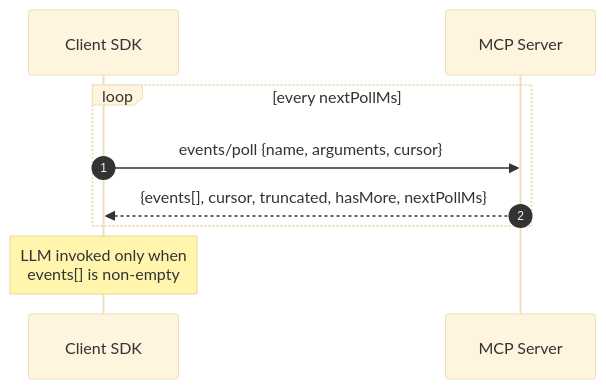
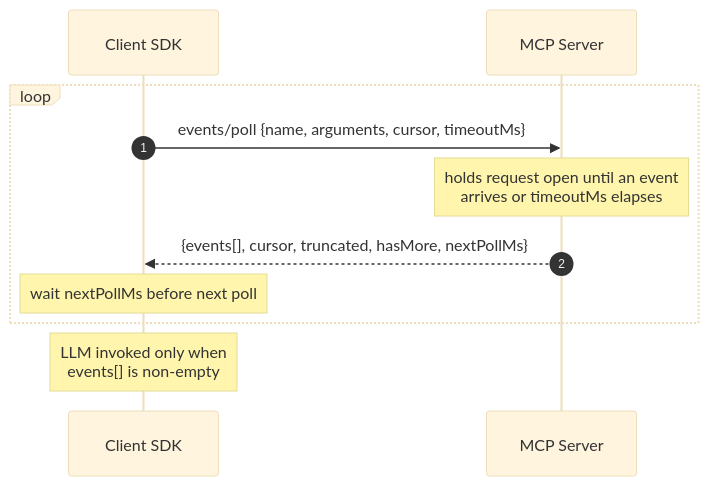
One commit to modelcontextprotocol/experimental-ext-triggers-events changed the first of 4 diagrams in docs/design-sketch-proposal.md. Above: the diagram before and after it, drawn with Mermaid (base theme). The commit also changed other lines of this file, not shown here.

````diff
--- a/docs/design-sketch-proposal.md
+++ b/docs/design-sketch-proposal.md
@@ -128,12 +128,14 @@
 ```mermaid
 sequenceDiagram
     autonumber
     participant SDK as Client SDK
     participant Server as MCP Server
 
-    loop every nextPollMs
-        SDK->>Server: events/poll {name, arguments, cursor}
+    loop
+        SDK->>Server: events/poll {name, arguments, cursor, timeoutMs}
+        Note over Server: holds request open until an event<br/>arrives or timeoutMs elapses
         Server-->>SDK: {events[], cursor, truncated, hasMore, nextPollMs}
+        Note over SDK: wait nextPollMs before next poll
     end
     Note over SDK: LLM invoked only when<br/>events[] is non-empty
 ```
````
